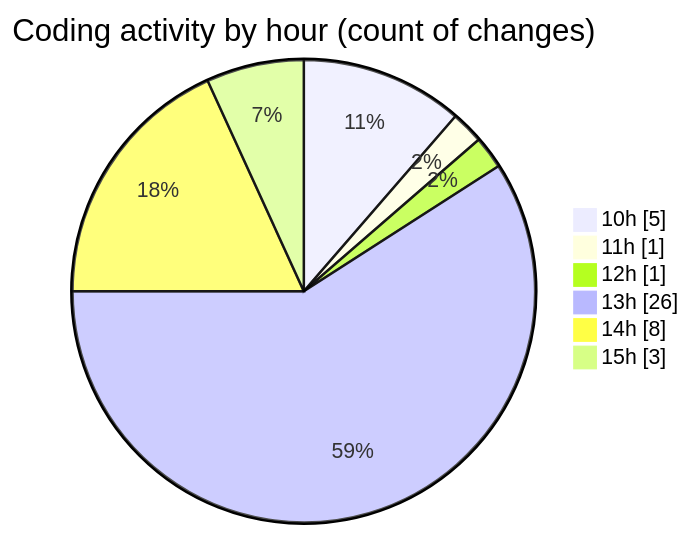
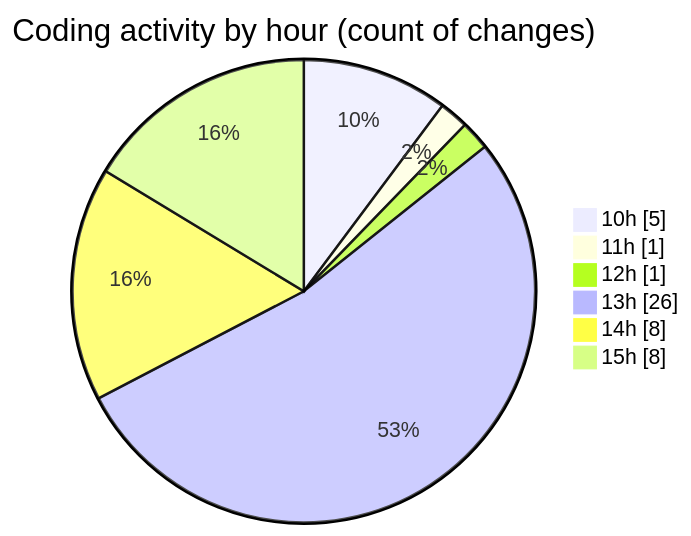
The second of 2 diagrams in 2026-04-21/cda/README.md (momahboobian/code-tracking), drawn with Mermaid before and after one commit. The commit also changed other lines of this file and 1 other file, not shown here.

````diff
--- a/2026-04-21/cda/README.md
+++ b/2026-04-21/cda/README.md
@@ -65,10 +66,10 @@
 ```mermaid
 pie showData
 title Coding activity by hour (count of changes)
 "10h" : 5
 "11h" : 1
 "12h" : 1
 "13h" : 26
 "14h" : 8
-"15h" : 3
+"15h" : 8
 ```
````
